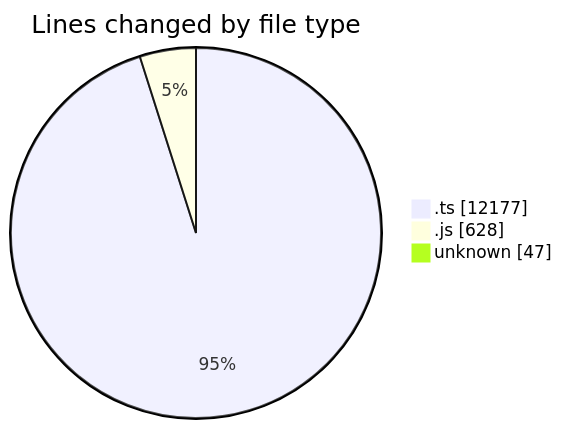
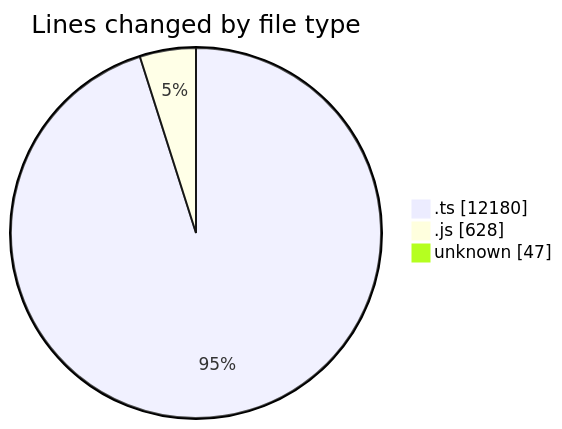
Before and after one commit to momahboobian/code-tracking: the first of 2 diagrams in 2025-09-05/cda/README.md, drawn with Mermaid. The commit also changed other lines of this file and 1 other file, not shown here.

````diff
--- a/2025-09-05/cda/README.md
+++ b/2025-09-05/cda/README.md
@@ -25,7 +25,7 @@
 ```mermaid
 pie showData
 title Lines changed by file type
-".ts" : 12177
+".ts" : 12180
 ".js" : 628
 "unknown" : 47
 ```
````
